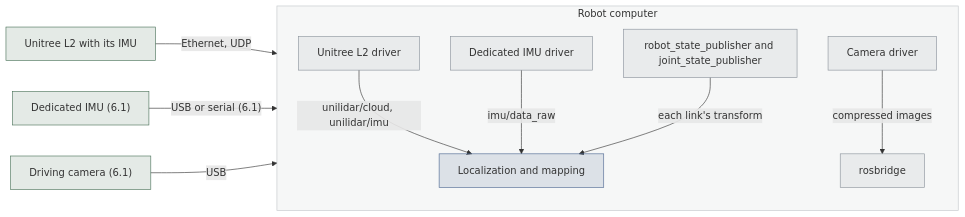
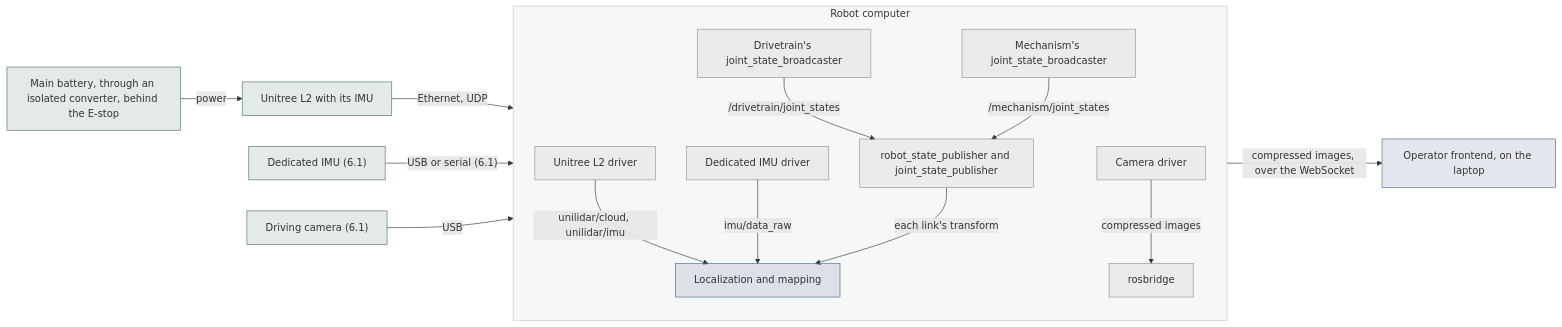
Before and after one commit to STAR-Robotics-Team/starrt-luna-software: the first of 2 diagrams in docs/design/sensors.md, drawn with Mermaid. The commit also changed other lines of this file and 25 other files, not shown here.

````diff
--- a/docs/design/sensors.md
+++ b/docs/design/sensors.md
@@ -184,34 +184,42 @@
 ```mermaid
 ---
 config:
   flowchart:
     wrappingWidth: 220
 ---
 flowchart LR
+  power["Main battery, through an isolated converter, behind the E-stop"]
   l2["Unitree L2 with its IMU"]
   imu["Dedicated IMU (6.1)"]
   cam["Driving camera (6.1)"]
   subgraph pc["Robot computer"]
     direction TB
     l2d["Unitree L2 driver"]
     imud["Dedicated IMU driver"]
     camd["Camera driver"]
+    djsb["Drivetrain's joint_state_broadcaster"]
+    mjsb["Mechanism's joint_state_broadcaster"]
     rsp["robot_state_publisher and joint_state_publisher"]
     loc["Localization and mapping"]
     rb["rosbridge"]
   end
+  op["Operator frontend, on the laptop"]
+  power -->|"power"| l2
   l2 -->|"Ethernet, UDP"| l2d
   imu -->|"USB or serial (6.1)"| imud
   cam -->|"USB"| camd
   l2d -->|"unilidar/cloud, unilidar/imu"| loc
   imud -->|"imu/data_raw"| loc
+  djsb -->|"/drivetrain/joint_states"| rsp
+  mjsb -->|"/mechanism/joint_states"| rsp
+  rsp -->|"each link's transform"| loc
   camd -->|"compressed images"| rb
-  rsp -->|"each link's transform"| loc
+  rb -->|"compressed images, over the WebSocket"| op
   classDef ros fill:#8b939c1f,stroke:#8b939c
   classDef ours fill:#4c669026,stroke:#4c6690
   classDef hw fill:#4a725926,stroke:#4a7259
-  class l2d,imud,camd,rsp,rb ros
-  class loc ours
-  class l2,imu,cam hw
+  class l2d,imud,camd,djsb,mjsb,rsp,rb ros
+  class loc,op ours
+  class power,l2,imu,cam hw
   style pc fill:#8b939c14,stroke:#8b939c80
 ```
````
